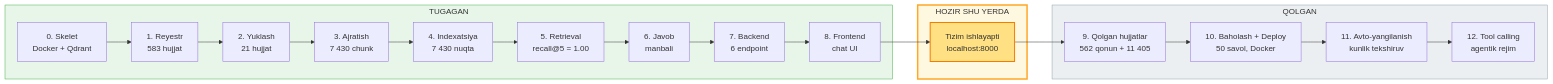
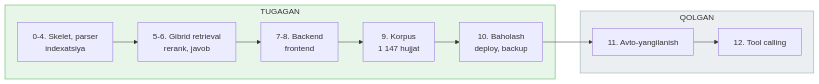
Before and after one commit to toxirerkinov70-commits/huquq-ai: the diagram in HOLAT.md, drawn with Mermaid. The commit also changed other lines of this file, not shown here.

````diff
--- a/HOLAT.md
+++ b/HOLAT.md
@@ -27,33 +51,20 @@
 ```mermaid
 graph LR
     subgraph done ["TUGAGAN"]
-        S0["0. Skelet<br/>Docker + Qdrant"]
-        S1["1. Reyestr<br/>583 hujjat"]
-        S2["2. Yuklash<br/>21 hujjat"]
-        S3["3. Ajratish<br/>7 430 chunk"]
-        S4["4. Indexatsiya<br/>7 430 nuqta"]
-        S5["5. Retrieval<br/>recall@5 = 1.00"]
-        S6["6. Javob<br/>manbali"]
-        S7["7. Backend<br/>6 endpoint"]
-        S8["8. Frontend<br/>chat UI"]
-    end
-
-    subgraph now ["HOZIR SHU YERDA"]
-        P["Tizim ishlayapti<br/>localhost:8000"]
+        S0["0-4. Skelet, parser<br/>indexatsiya"]
+        S5["5-6. Gibrid retrieval<br/>rerank, javob"]
+        S7["7-8. Backend<br/>frontend"]
+        S9["9. Korpus<br/>1 147 hujjat"]
+        S10["10. Baholash<br/>deploy, backup"]
     end
 
     subgraph todo ["QOLGAN"]
-        S9["9. Qolgan hujjatlar<br/>562 qonun + 11 405"]
-        S10["10. Baholash + Deploy<br/>50 savol, Docker"]
-        S11["11. Avto-yangilanish<br/>kunlik tekshiruv"]
-        S12["12. Tool calling<br/>agentik rejim"]
+        S11["11. Avto-yangilanish"]
+        S12["12. Tool calling"]
     end
 
-    S0 --> S1 --> S2 --> S3 --> S4 --> S5 --> S6 --> S7 --> S8 --> P
-    P --> S9 --> S10 --> S11 --> S12
+    S0 --> S5 --> S7 --> S9 --> S10 --> S11 --> S12
 
     style done fill:#e8f5e9,stroke:#4caf50
-    style now fill:#fff8e1,stroke:#ffa726,stroke-width:3px
     style todo fill:#eceff1,stroke:#90a4ae
-    style P fill:#ffe082,stroke:#f57c00,stroke-width:2px
 ```
````
